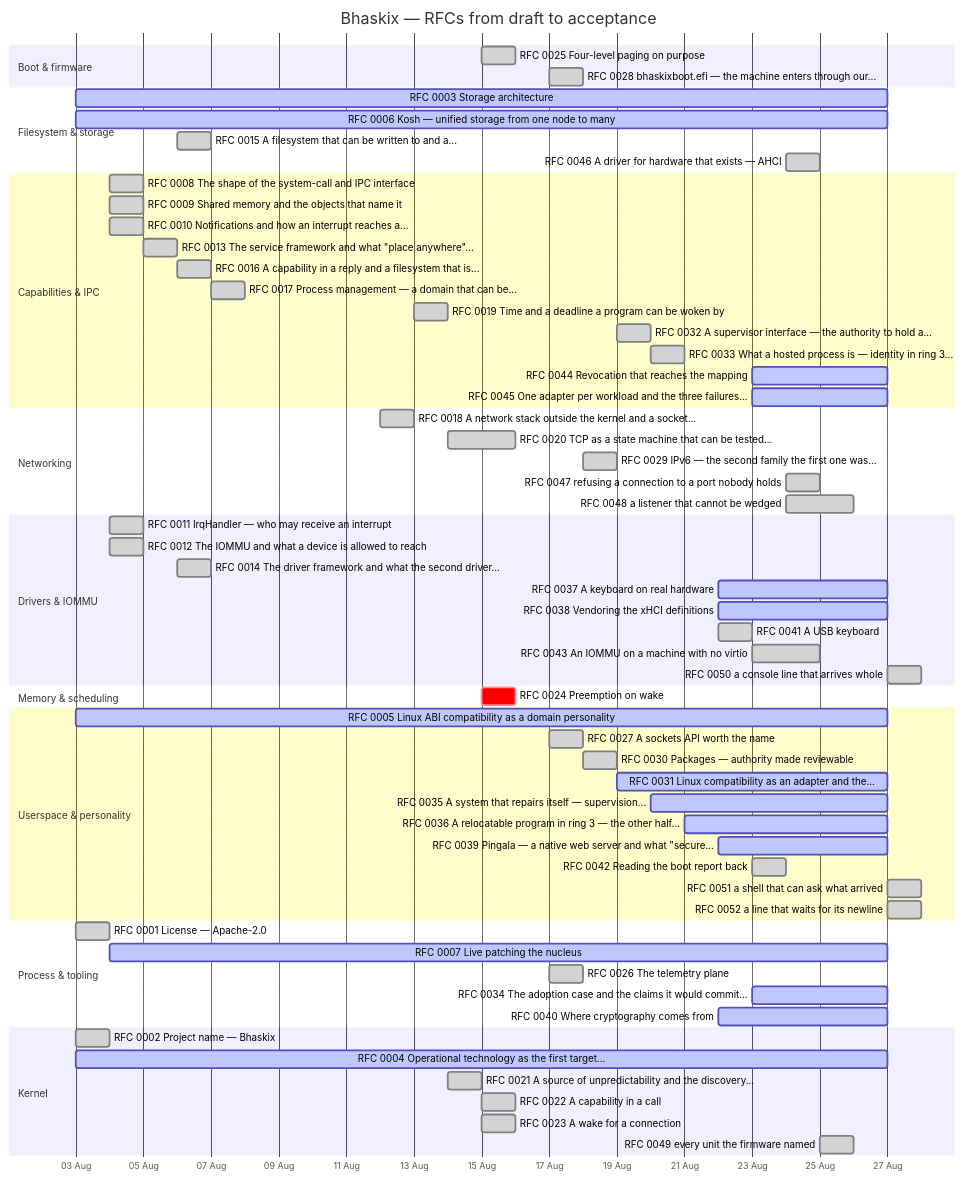
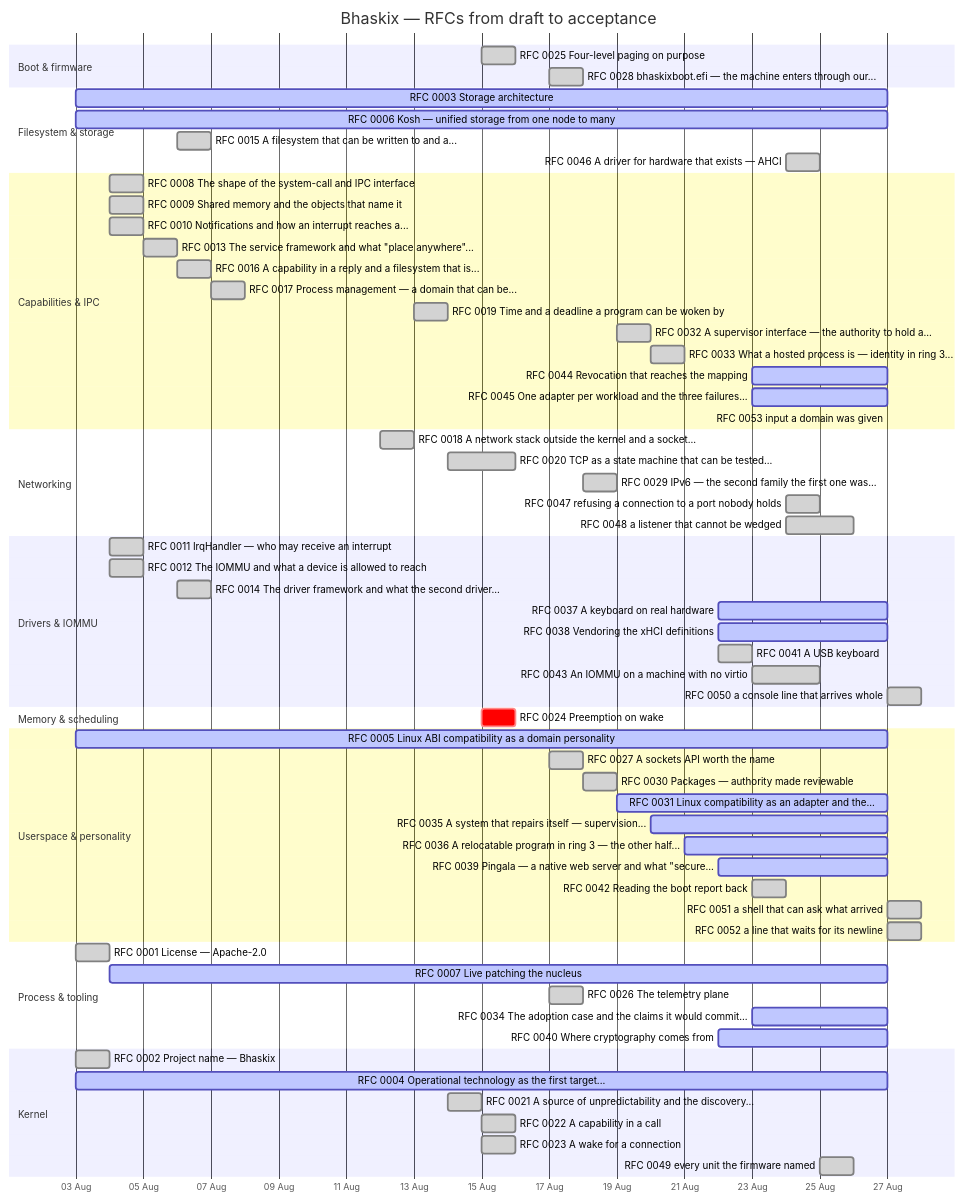
The diagram in docs/progress.md (bhaskix/bhaskix), drawn with Mermaid before and after one commit. The commit also changed other lines of this file, not shown here.

Commit message:
docs: the chart, regenerated with RFC 0053 committed

````diff
--- a/docs/progress.md
+++ b/docs/progress.md
@@ -24,68 +24,69 @@
 ```mermaid
 gantt
     title Bhaskix — RFCs from draft to acceptance
     dateFormat YYYY-MM-DD
     axisFormat %d %b
     todayMarker off
     section Boot & firmware
     RFC 0025 Four-level paging on purpose :done, r0025, 2026-08-15, 2026-08-16
     RFC 0028 bhaskixboot.efi — the machine enters through our... :done, r0028, 2026-08-17, 2026-08-18
     section Filesystem & storage
     RFC 0003 Storage architecture :active, r0003, 2026-08-03, 2026-08-27
     RFC 0006 Kosh — unified storage from one node to many :active, r0006, 2026-08-03, 2026-08-27
     RFC 0015 A filesystem that can be written to and a... :done, r0015, 2026-08-06, 1d
     RFC 0046 A driver for hardware that exists — AHCI :done, r0046, 2026-08-24, 1d
     section Capabilities & IPC
     RFC 0008 The shape of the system-call and IPC interface :done, r0008, 2026-08-04, 1d
     RFC 0009 Shared memory and the objects that name it :done, r0009, 2026-08-04, 1d
     RFC 0010 Notifications and how an interrupt reaches a... :done, r0010, 2026-08-04, 1d
     RFC 0013 The service framework and what "place anywhere"... :done, r0013, 2026-08-05, 1d
     RFC 0016 A capability in a reply and a filesystem that is... :done, r0016, 2026-08-06, 2026-08-07
     RFC 0017 Process management — a domain that can be... :done, r0017, 2026-08-07, 1d
     RFC 0019 Time and a deadline a program can be woken by :done, r0019, 2026-08-13, 2026-08-14
     RFC 0032 A supervisor interface — the authority to hold a... :done, r0032, 2026-08-19, 2026-08-20
     RFC 0033 What a hosted process is — identity in ring 3... :done, r0033, 2026-08-20, 1d
     RFC 0044 Revocation that reaches the mapping :active, r0044, 2026-08-23, 2026-08-27
     RFC 0045 One adapter per workload and the three failures... :active, r0045, 2026-08-23, 2026-08-27
+    RFC 0053 input a domain was given :active, r0053, 2026-08-27, 2026-08-27
     section Networking
     RFC 0018 A network stack outside the kernel and a socket... :done, r0018, 2026-08-12, 2026-08-13
     RFC 0020 TCP as a state machine that can be tested... :done, r0020, 2026-08-14, 2026-08-16
     RFC 0029 IPv6 — the second family the first one was... :done, r0029, 2026-08-18, 1d
     RFC 0047 refusing a connection to a port nobody holds :done, r0047, 2026-08-24, 1d
     RFC 0048 a listener that cannot be wedged :done, r0048, 2026-08-24, 2026-08-26
     section Drivers & IOMMU
     RFC 0011 IrqHandler — who may receive an interrupt :done, r0011, 2026-08-04, 1d
     RFC 0012 The IOMMU and what a device is allowed to reach :done, r0012, 2026-08-04, 1d
     RFC 0014 The driver framework and what the second driver... :done, r0014, 2026-08-06, 1d
     RFC 0037 A keyboard on real hardware :active, r0037, 2026-08-22, 2026-08-27
     RFC 0038 Vendoring the xHCI definitions :active, r0038, 2026-08-22, 2026-08-27
     RFC 0041 A USB keyboard :done, r0041, 2026-08-22, 2026-08-23
     RFC 0043 An IOMMU on a machine with no virtio :done, r0043, 2026-08-23, 2026-08-25
     RFC 0050 a console line that arrives whole :done, r0050, 2026-08-27, 1d
     section Memory & scheduling
     RFC 0024 Preemption on wake :crit, r0024, 2026-08-15, 1d
     section Userspace & personality
     RFC 0005 Linux ABI compatibility as a domain personality :active, r0005, 2026-08-03, 2026-08-27
     RFC 0027 A sockets API worth the name :done, r0027, 2026-08-17, 1d
     RFC 0030 Packages — authority made reviewable :done, r0030, 2026-08-18, 2026-08-19
     RFC 0031 Linux compatibility as an adapter and the... :active, r0031, 2026-08-19, 2026-08-27
     RFC 0035 A system that repairs itself — supervision... :active, r0035, 2026-08-20, 2026-08-27
     RFC 0036 A relocatable program in ring 3 — the other half... :active, r0036, 2026-08-21, 2026-08-27
     RFC 0039 Pingala — a native web server and what "secure... :active, r0039, 2026-08-22, 2026-08-27
     RFC 0042 Reading the boot report back :done, r0042, 2026-08-23, 1d
     RFC 0051 a shell that can ask what arrived :done, r0051, 2026-08-27, 1d
     RFC 0052 a line that waits for its newline :done, r0052, 2026-08-27, 1d
     section Process & tooling
     RFC 0001 License — Apache-2.0 :done, r0001, 2026-08-03, 1d
     RFC 0007 Live patching the nucleus :active, r0007, 2026-08-04, 2026-08-27
     RFC 0026 The telemetry plane :done, r0026, 2026-08-17, 1d
     RFC 0034 The adoption case and the claims it would commit... :active, r0034, 2026-08-23, 2026-08-27
     RFC 0040 Where cryptography comes from :active, r0040, 2026-08-22, 2026-08-27
     section Kernel
     RFC 0002 Project name — Bhaskix :done, r0002, 2026-08-03, 1d
     RFC 0004 Operational technology as the first target... :active, r0004, 2026-08-03, 2026-08-27
     RFC 0021 A source of unpredictability and the discovery... :done, r0021, 2026-08-14, 1d
     RFC 0022 A capability in a call :done, r0022, 2026-08-15, 2026-08-16
     RFC 0023 A wake for a connection :done, r0023, 2026-08-15, 2026-08-16
     RFC 0049 every unit the firmware named :done, r0049, 2026-08-25, 1d
 ```
````
